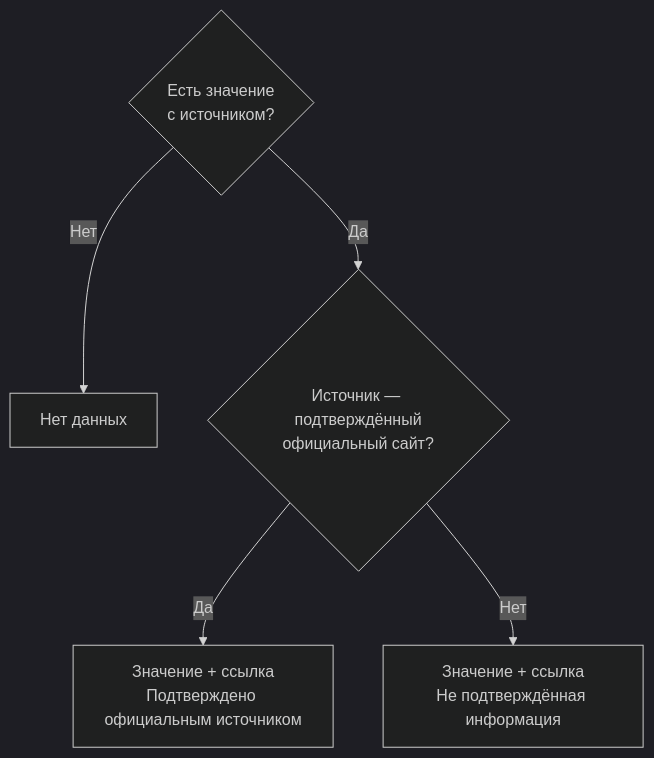
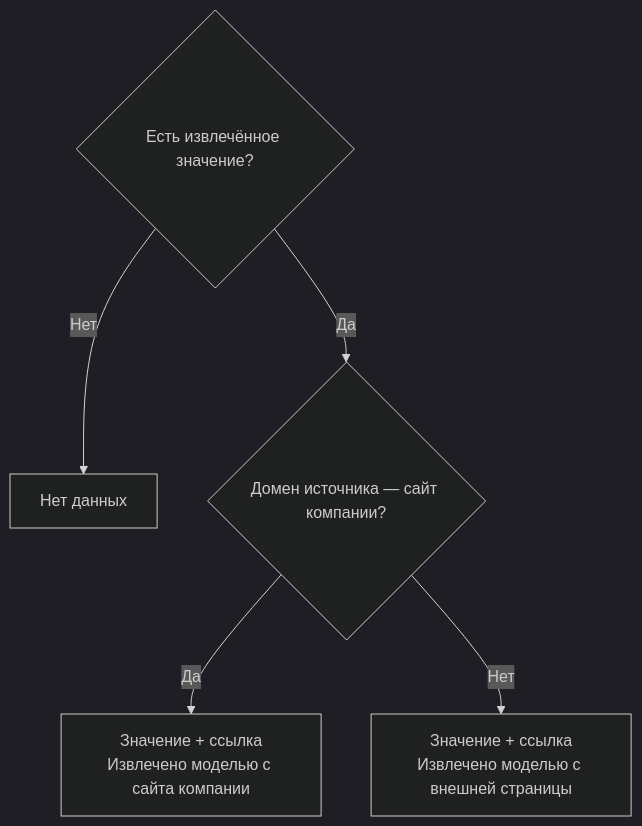
The fourth of 5 diagrams in docs/application-flow.md (SashaPerekhrest/Goulash2), drawn with Mermaid (dark theme) before and after one commit. The commit also changed other lines of this file and 58 other files, not shown here.

````diff
--- a/docs/application-flow.md
+++ b/docs/application-flow.md
@@ -97,8 +104,8 @@
 ```mermaid
 flowchart TD
-    V{Есть значение<br/>с источником?}
+    V{Есть извлечённое значение?}
     V -->|Нет| M[Нет данных]
-    V -->|Да| O{Источник — подтверждённый<br/>официальный сайт?}
-    O -->|Да| C[Значение + ссылка<br/>Подтверждено официальным источником]
-    O -->|Нет| E[Значение + ссылка<br/>Не подтверждённая информация]
+    V -->|Да| O{Домен источника — сайт компании?}
+    O -->|Да| C[Значение + ссылка<br/>Извлечено моделью с сайта компании]
+    O -->|Нет| E[Значение + ссылка<br/>Извлечено моделью с внешней страницы]
 ```
````
